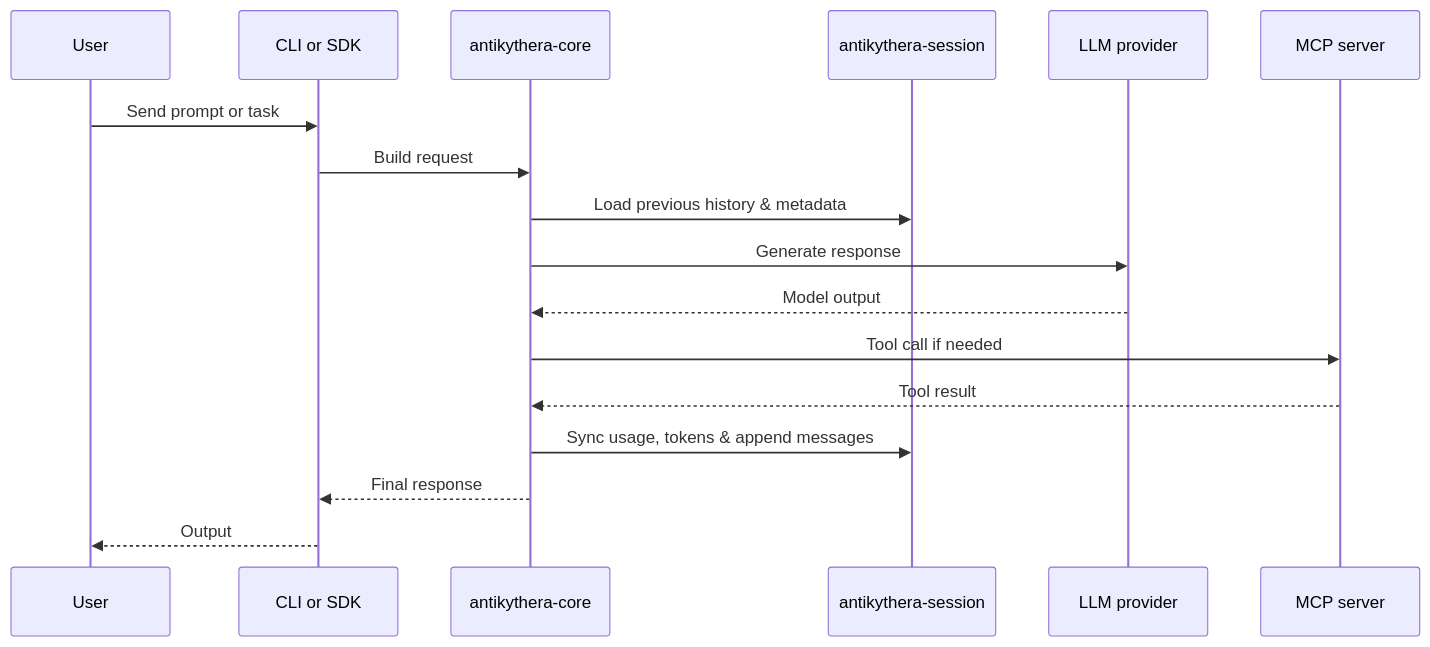
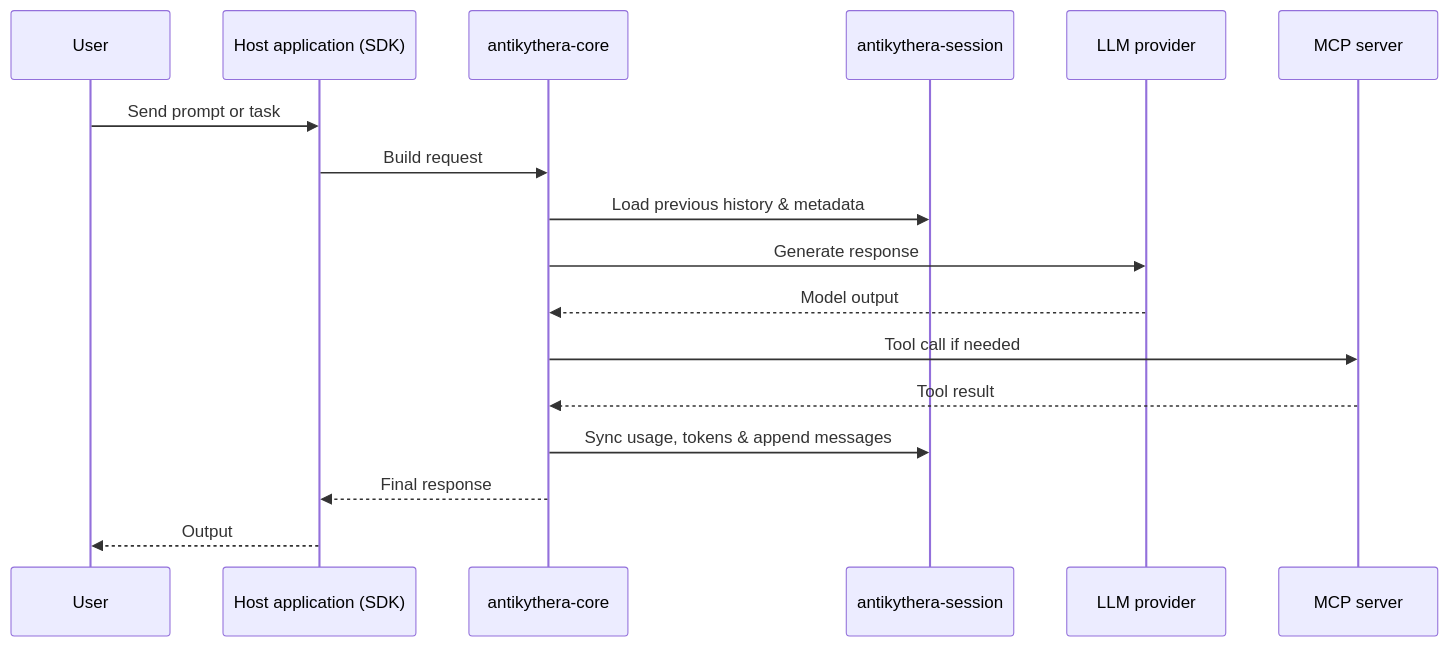
The second of 2 diagrams in documentation/ARCHITECTURE.md (tsfarizi/antikythera-mcp-framework), drawn with Mermaid before and after one commit. The commit also changed other lines of this file and 14 other files, not shown here.

````diff
--- a/documentation/ARCHITECTURE.md
+++ b/documentation/ARCHITECTURE.md
@@ -58,20 +50,20 @@
 ```mermaid
 sequenceDiagram
     participant User
-    participant Surface as CLI or SDK
+    participant Host as Host application (SDK)
     participant Core as antikythera-core
     participant Session as antikythera-session
     participant Provider as LLM provider
     participant Server as MCP server
 
-    User->>Surface: Send prompt or task
-    Surface->>Core: Build request
+    User->>Host: Send prompt or task
+    Host->>Core: Build request
     Core->>Session: Load previous history & metadata
     Core->>Provider: Generate response
     Provider-->>Core: Model output
     Core->>Server: Tool call if needed
     Server-->>Core: Tool result
     Core->>Session: Sync usage, tokens & append messages
-    Core-->>Surface: Final response
-    Surface-->>User: Output
+    Core-->>Host: Final response
+    Host-->>User: Output
 ```
````
